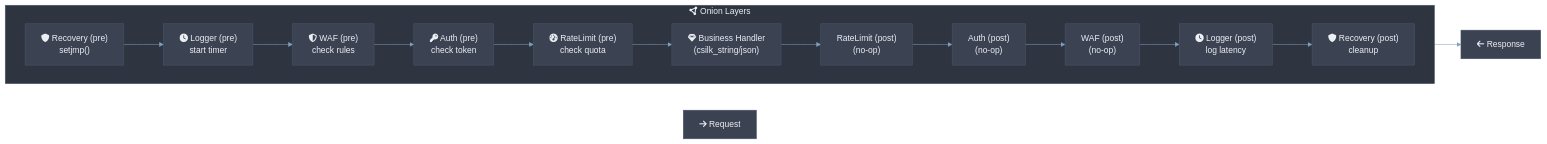
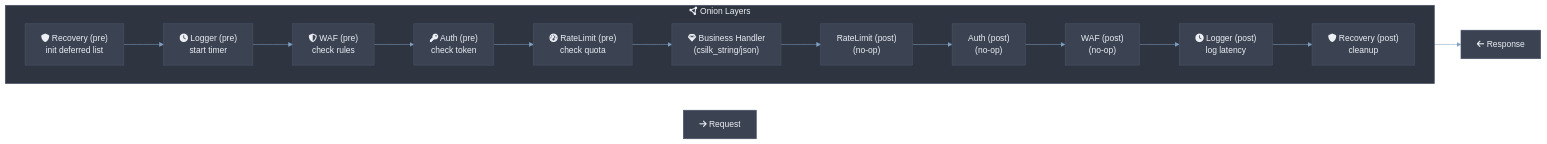
The third of 12 diagrams in docs/architecture.md (quintin-lee/csilk), drawn with Mermaid before and after one commit. The commit also changed other lines of this file and 12 other files, not shown here.

````diff
--- a/docs/architecture.md
+++ b/docs/architecture.md
@@ -209,42 +209,42 @@
 ```mermaid
 %%{init: {
   'theme': 'base',
   'themeVariables': {
     'background': '#2E3440',
     'primaryColor': '#81A1C1',
     'primaryBorderColor': '#4C566A',
     'primaryTextColor': '#ECEFF4',
     'secondaryColor': '#3B4252',
     'secondaryBorderColor': '#434C5E',
     'secondaryTextColor': '#D8DEE9',
     'lineColor': '#81A1C1',
     'textColor': '#ECEFF4',
     'mainBkg': '#3B4252',
     'nodeBorder': '#4C566A',
     'clusterBkg': '#2E3440',
     'clusterBorder': '#4C566A',
     'titleColor': '#ECEFF4',
     'edgeLabelBackground': '#3B4252',
     'nodeTextColor': '#ECEFF4'
   },
   'flowchart': {'htmlLabels': true, 'curve': 'basis'}
 }}%%
 flowchart LR
     REQ["fa:fa-arrow-right Request"]
 
     subgraph onion["fa:fa-circle-nodes Onion Layers"]
         direction LR
-        L1i["fa:fa-shield Recovery (pre)<br/>setjmp()"] --> L2i["fa:fa-clock Logger (pre)<br/>start timer"]
+        L1i["fa:fa-shield Recovery (pre)<br/>init deferred list"] --> L2i["fa:fa-clock Logger (pre)<br/>start timer"]
         L2i --> L3i["fa:fa-shield-halved WAF (pre)<br/>check rules"]
         L3i --> L4i["fa:fa-key Auth (pre)<br/>check token"]
         L4i --> L5i["fa:fa-gauge-high RateLimit (pre)<br/>check quota"]
         L5i --> CORE["fa:fa-gem Business Handler<br/>(csilk_string/json)"]
         CORE --> L5o["RateLimit (post)<br/>(no-op)"]
         L5o --> L4o["Auth (post)<br/>(no-op)"]
         L4o --> L3o["WAF (post)<br/>(no-op)"]
         L3o --> L2o["fa:fa-clock Logger (post)<br/>log latency"]
         L2o --> L1o["fa:fa-shield Recovery (post)<br/>cleanup"]
     end
 
     L1o --> RES["fa:fa-arrow-left Response"]
 ```
````
